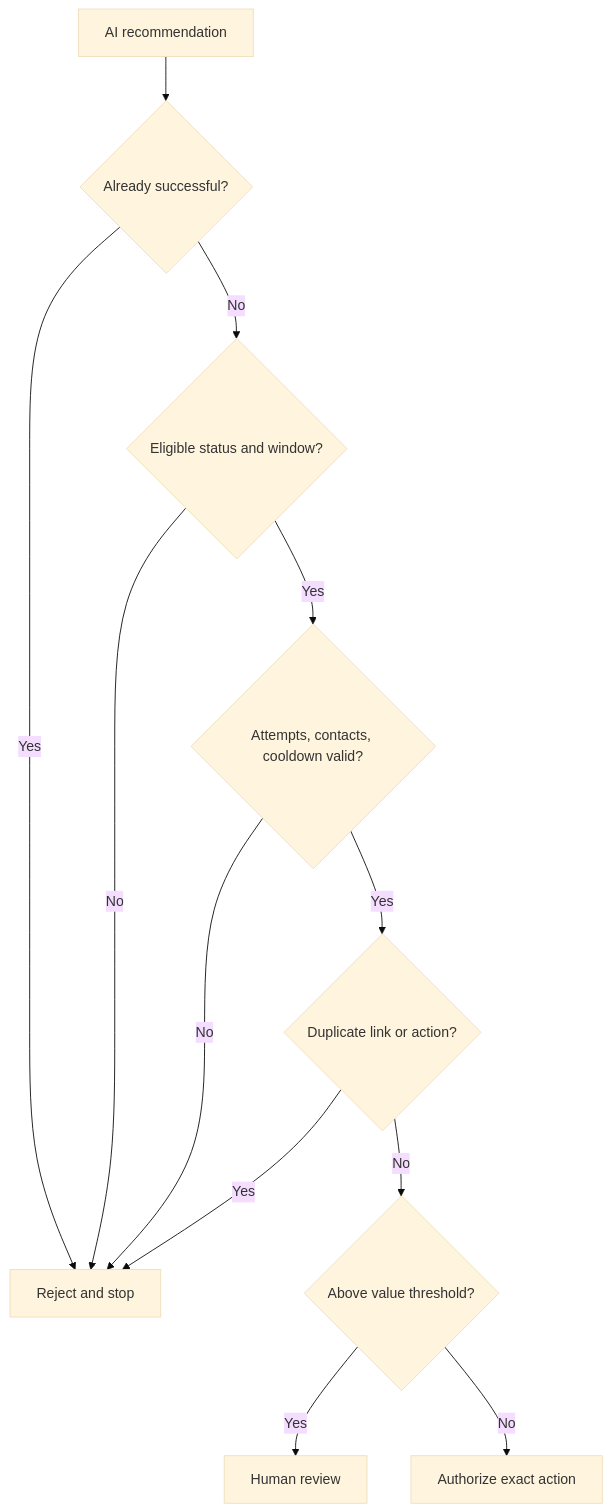
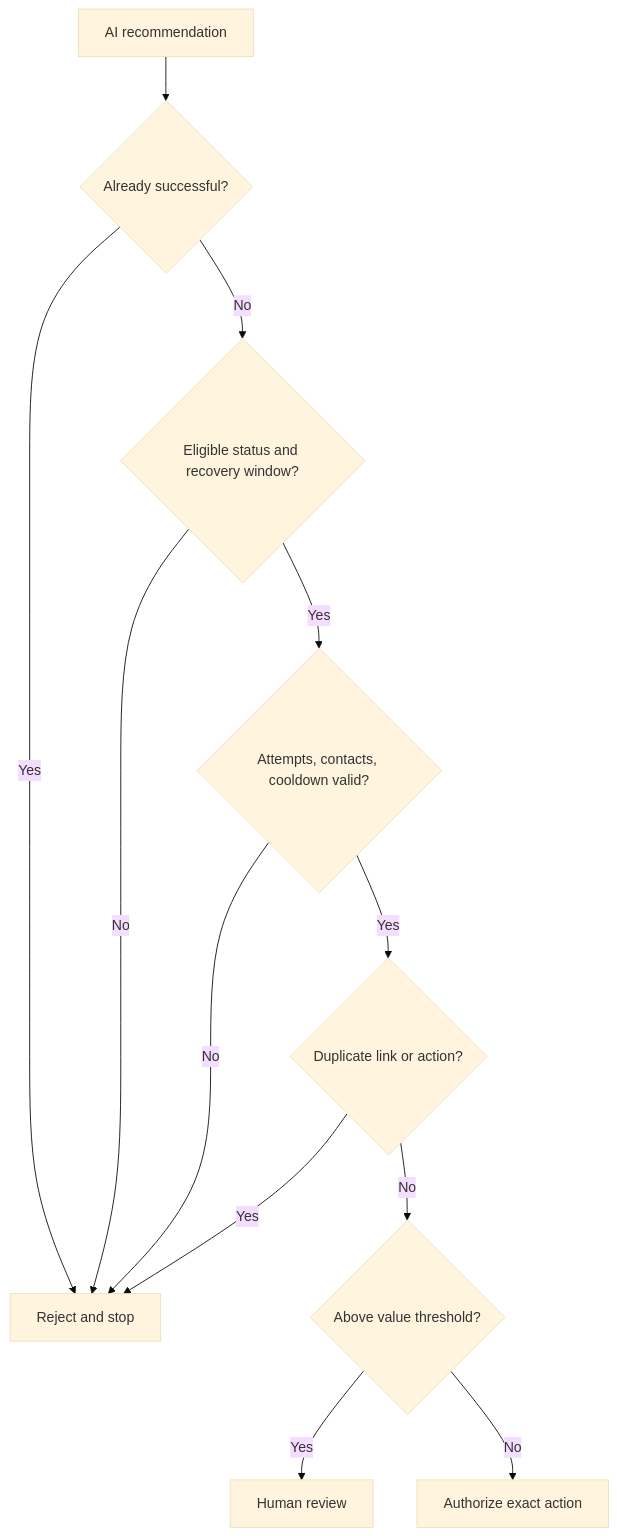
The third of 4 diagrams in docs/architecture.md (Samiabdus786/RecoverIQ), drawn with Mermaid (base theme) before and after one commit. The commit also changed other lines of this file and 9 other files, not shown here.

Commit message:
Update RecoverIQ documentation for final architecture

````diff
--- a/docs/architecture.md
+++ b/docs/architecture.md
@@ -46,14 +54,14 @@
 ```mermaid
 flowchart TD
     A[AI recommendation] --> B{Already successful?}
     B -->|Yes| H[Reject and stop]
-    B -->|No| C{Eligible status and window?}
+    B -->|No| C{Eligible status and recovery window?}
     C -->|No| H
     C -->|Yes| D{Attempts, contacts, cooldown valid?}
     D -->|No| H
     D -->|Yes| E{Duplicate link or action?}
     E -->|Yes| H
     E -->|No| F{Above value threshold?}
     F -->|Yes| I[Human review]
     F -->|No| G[Authorize exact action]
 ```
````
